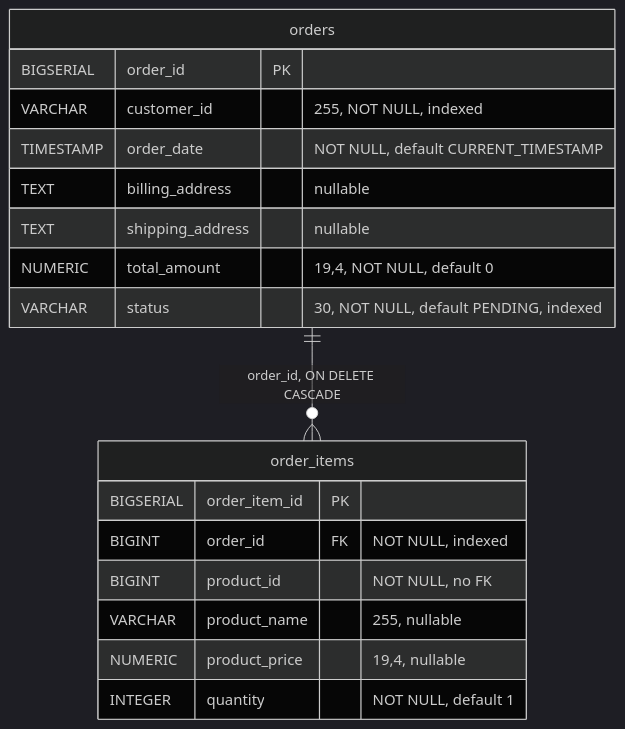
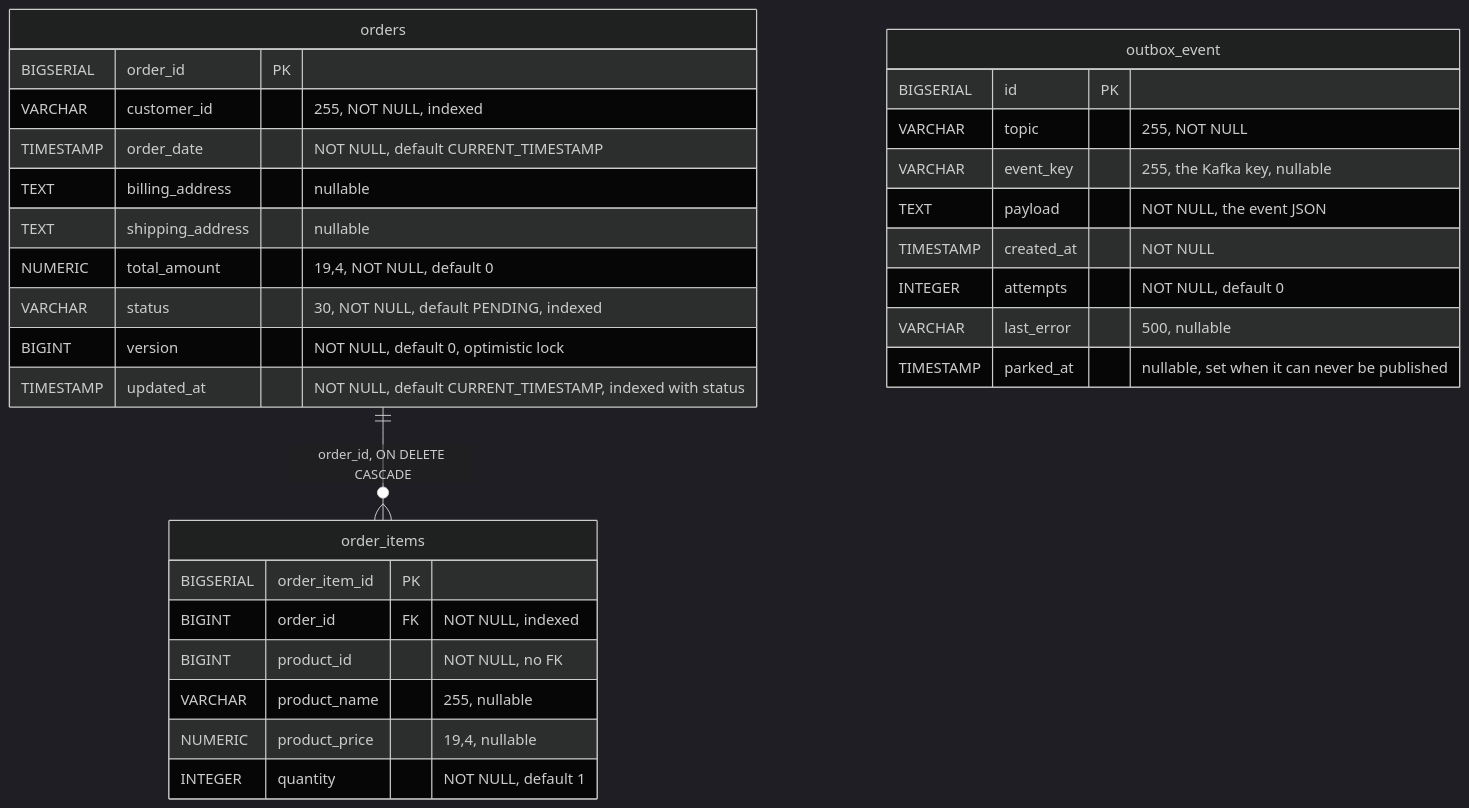
The third of 3 diagrams in docs/services/order-service.md (bmcnpnr/ecommerce-platform), drawn with Mermaid (dark theme) before and after one commit. The commit also changed other lines of this file and 58 other files, not shown here.

````diff
--- a/docs/services/order-service.md
+++ b/docs/services/order-service.md
@@ -433,21 +577,33 @@
 ```mermaid
 erDiagram
     orders ||--o{ order_items : "order_id, ON DELETE CASCADE"
     orders {
         BIGSERIAL order_id PK
         VARCHAR customer_id "255, NOT NULL, indexed"
         TIMESTAMP order_date "NOT NULL, default CURRENT_TIMESTAMP"
         TEXT billing_address "nullable"
         TEXT shipping_address "nullable"
         NUMERIC total_amount "19,4, NOT NULL, default 0"
         VARCHAR status "30, NOT NULL, default PENDING, indexed"
+        BIGINT version "NOT NULL, default 0, optimistic lock"
+        TIMESTAMP updated_at "NOT NULL, default CURRENT_TIMESTAMP, indexed with status"
     }
     order_items {
         BIGSERIAL order_item_id PK
         BIGINT order_id FK "NOT NULL, indexed"
         BIGINT product_id "NOT NULL, no FK"
         VARCHAR product_name "255, nullable"
         NUMERIC product_price "19,4, nullable"
         INTEGER quantity "NOT NULL, default 1"
     }
+    outbox_event {
+        BIGSERIAL id PK
+        VARCHAR topic "255, NOT NULL"
+        VARCHAR event_key "255, the Kafka key, nullable"
+        TEXT payload "NOT NULL, the event JSON"
+        TIMESTAMP created_at "NOT NULL"
+        INTEGER attempts "NOT NULL, default 0"
+        VARCHAR last_error "500, nullable"
+        TIMESTAMP parked_at "nullable, set when it can never be published"
+    }
 ```
````
